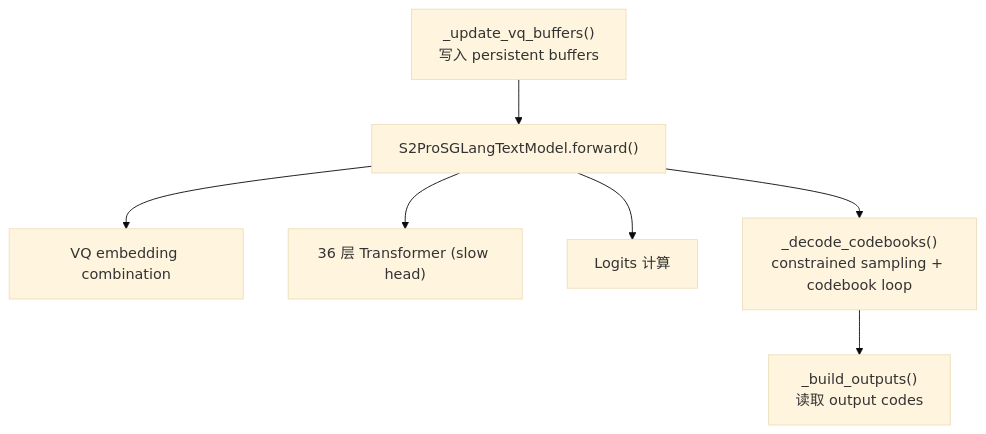
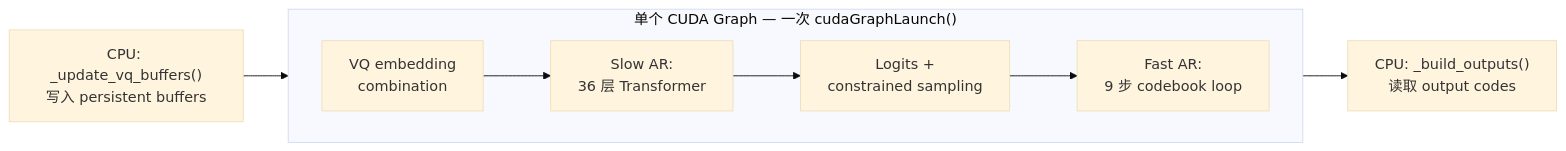
One commit to zhaochenyang20/Awesome-ML-SYS-Tutorial changed the second of 6 diagrams in torch/cuda-graph/readme-3.md. Above: the diagram before and after it, drawn with Mermaid (base theme). The commit also changed other lines of this file, not shown here.

Commit message:
[CUDA Graph] update mermaid

````diff
--- a/torch/cuda-graph/readme-3.md
+++ b/torch/cuda-graph/readme-3.md
@@ -144,9 +150,11 @@
 ```mermaid
-graph TD
-    A["_update_vq_buffers()<br/>写入 persistent buffers"] --> B["S2ProSGLangTextModel.forward()"]
-    B --> B1["VQ embedding combination"]
-    B --> B2["36 层 Transformer (slow head)"]
-    B --> B3["Logits 计算"]
-    B --> B4["_decode_codebooks()<br/>constrained sampling + codebook loop"]
-    B4 --> C["_build_outputs()<br/>读取 output codes"]
+graph LR
+    W["CPU: _update_vq_buffers()<br/>写入 persistent buffers"] --> G
+    subgraph G["单个 CUDA Graph — 一次 cudaGraphLaunch()"]
+        direction LR
+        A["VQ embedding<br/>combination"] --> B["Slow AR:<br/>36 层 Transformer"]
+        B --> C["Logits +<br/>constrained sampling"]
+        C --> D["Fast AR:<br/>9 步 codebook loop"]
+    end
+    G --> R["CPU: _build_outputs()<br/>读取 output codes"]
 ```
````
